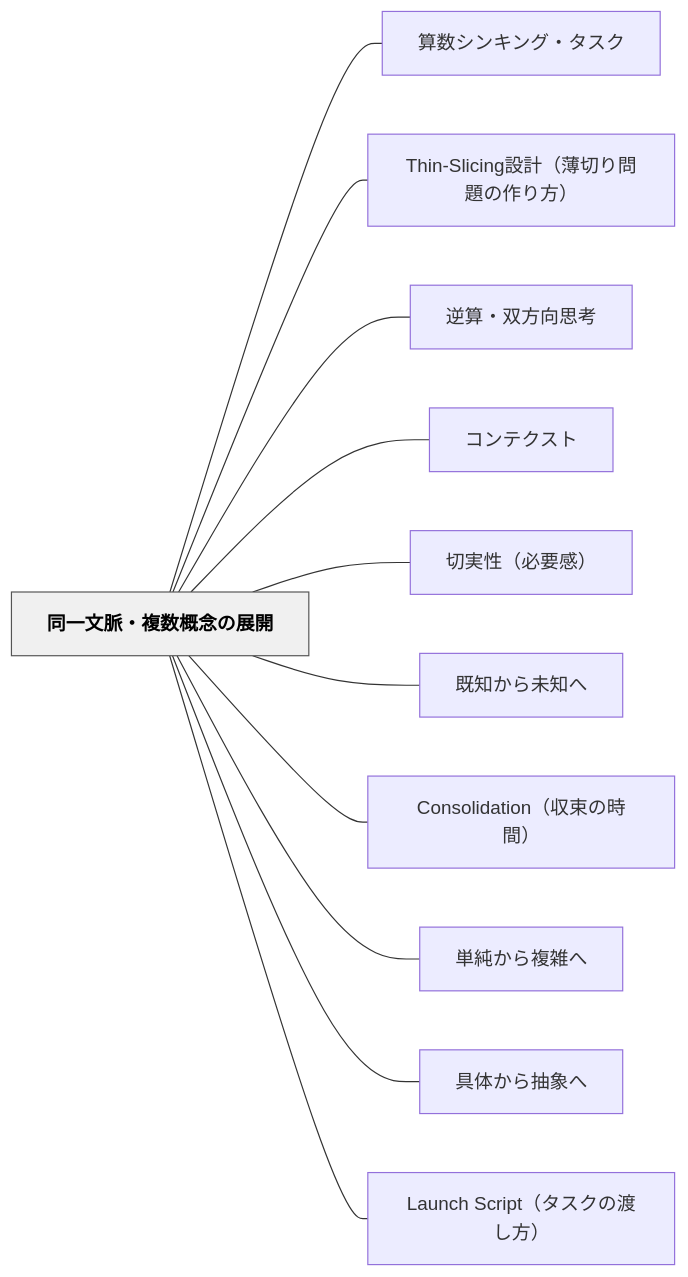
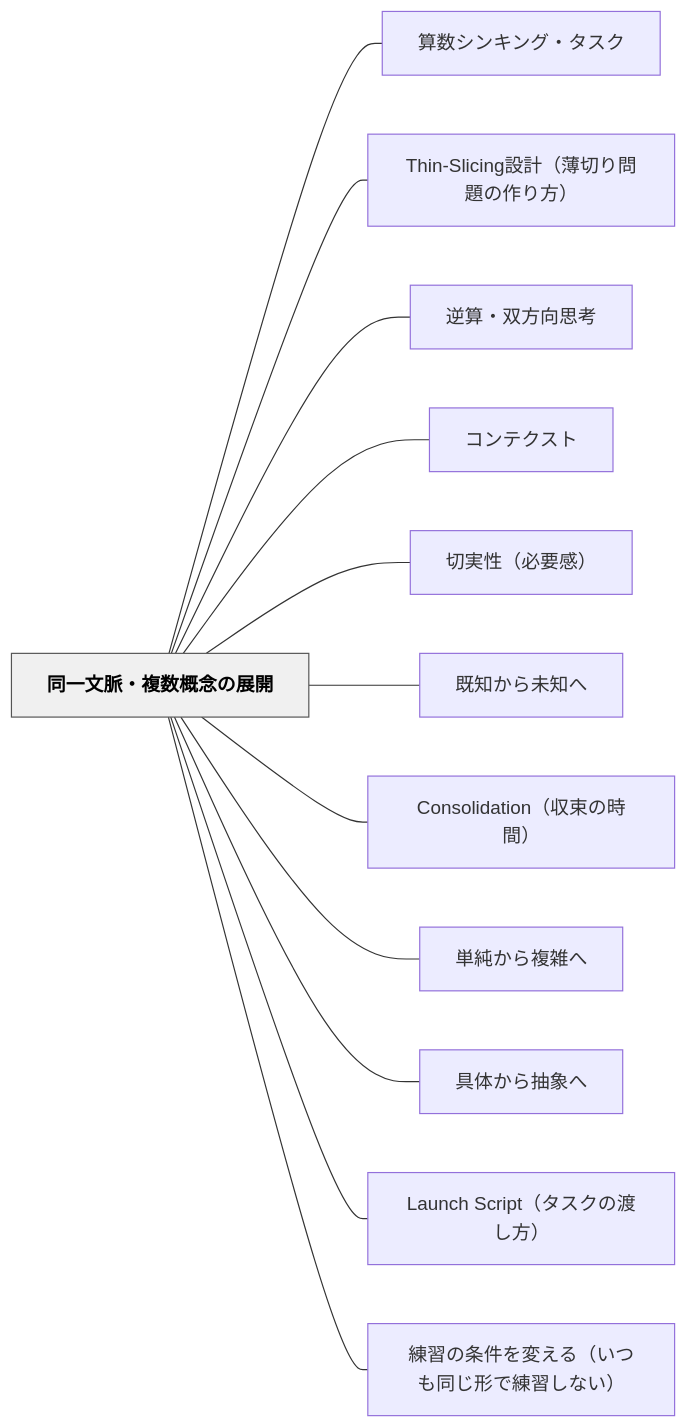
Before and after one commit to unknownthings-ed-patterns/unknownthings-ed-patterns: the diagram in content/パタン/同一文脈・複数概念の展開.md, drawn with Mermaid. The commit also changed other lines of this file and 15 other files, not shown here.

````diff
--- a/content/パタン/同一文脈・複数概念の展開.md
+++ b/content/パタン/同一文脈・複数概念の展開.md
@@ -139,28 +140,30 @@
 ```mermaid
 flowchart LR
     ne5908ce4b880e69687e88488e383bbe8a487e695b0e6a682e5bfb5e381aee5b195e9968b["同一文脈・複数概念の展開"]
     ne7ae97e695b0e382b7e383b3e382ade383b3e382b0e383bbe382bfe382b9e382af["算数シンキング・タスク"]
     n5468696e2d536c6963696e67e8a8ade8a888efbc88e89684e58887e3828ae5958fe9a18ce381aee4bd9ce3828ae696b9efbc89["Thin-Slicing設計（薄切り問題の作り方）"]
     ne98086e7ae97e383bbe58f8ce696b9e59091e6809de88083["逆算・双方向思考"]
     ne382b3e383b3e38386e382afe382b9e38388["コンテクスト"]
     ne58887e5ae9fe680a7efbc88e5bf85e8a681e6849fefbc89["切実性（必要感）"]
     ne697a2e79fa5e3818be38289e69caae79fa5e381b8["既知から未知へ"]
     n436f6e736f6c69646174696f6eefbc88e58f8ee69d9fe381aee69982e99693efbc89["Consolidation（収束の時間）"]
     ne58d98e7b494e3818be38289e8a487e99b91e381b8["単純から複雑へ"]
     ne585b7e4bd93e3818be38289e68abde8b1a1e381b8["具体から抽象へ"]
     n4c61756e636820536372697074efbc88e382bfe382b9e382afe381aee6b8a1e38197e696b9efbc89["Launch Script（タスクの渡し方）"]
+    ne7b7b4e7bf92e381aee69da1e4bbb6e38292e5a489e38188e3828befbc88e38184e381a4e38282e5908ce38198e5bda2e381a7e7b7b4e7bf92e38197e381aae38184efbc89["練習の条件を変える（いつも同じ形で練習しない）"]
 
     ne5908ce4b880e69687e88488e383bbe8a487e695b0e6a682e5bfb5e381aee5b195e9968b --- ne7ae97e695b0e382b7e383b3e382ade383b3e382b0e383bbe382bfe382b9e382af
     ne5908ce4b880e69687e88488e383bbe8a487e695b0e6a682e5bfb5e381aee5b195e9968b --- n5468696e2d536c6963696e67e8a8ade8a888efbc88e89684e58887e3828ae5958fe9a18ce381aee4bd9ce3828ae696b9efbc89
     ne5908ce4b880e69687e88488e383bbe8a487e695b0e6a682e5bfb5e381aee5b195e9968b --- ne98086e7ae97e383bbe58f8ce696b9e59091e6809de88083
     ne5908ce4b880e69687e88488e383bbe8a487e695b0e6a682e5bfb5e381aee5b195e9968b --- ne382b3e383b3e38386e382afe382b9e38388
     ne5908ce4b880e69687e88488e383bbe8a487e695b0e6a682e5bfb5e381aee5b195e9968b --- ne58887e5ae9fe680a7efbc88e5bf85e8a681e6849fefbc89
     ne5908ce4b880e69687e88488e383bbe8a487e695b0e6a682e5bfb5e381aee5b195e9968b --- ne697a2e79fa5e3818be38289e69caae79fa5e381b8
     ne5908ce4b880e69687e88488e383bbe8a487e695b0e6a682e5bfb5e381aee5b195e9968b --- n436f6e736f6c69646174696f6eefbc88e58f8ee69d9fe381aee69982e99693efbc89
     ne5908ce4b880e69687e88488e383bbe8a487e695b0e6a682e5bfb5e381aee5b195e9968b --- ne58d98e7b494e3818be38289e8a487e99b91e381b8
     ne5908ce4b880e69687e88488e383bbe8a487e695b0e6a682e5bfb5e381aee5b195e9968b --- ne585b7e4bd93e3818be38289e68abde8b1a1e381b8
     ne5908ce4b880e69687e88488e383bbe8a487e695b0e6a682e5bfb5e381aee5b195e9968b --- n4c61756e636820536372697074efbc88e382bfe382b9e382afe381aee6b8a1e38197e696b9efbc89
+    ne5908ce4b880e69687e88488e383bbe8a487e695b0e6a682e5bfb5e381aee5b195e9968b --- ne7b7b4e7bf92e381aee69da1e4bbb6e38292e5a489e38188e3828befbc88e38184e381a4e38282e5908ce38198e5bda2e381a7e7b7b4e7bf92e38197e381aae38184efbc89
 
     classDef hub fill:#f0f0f0,stroke:#555,color:#000,font-weight:bold
     class ne5908ce4b880e69687e88488e383bbe8a487e695b0e6a682e5bfb5e381aee5b195e9968b hub
 ```
````
